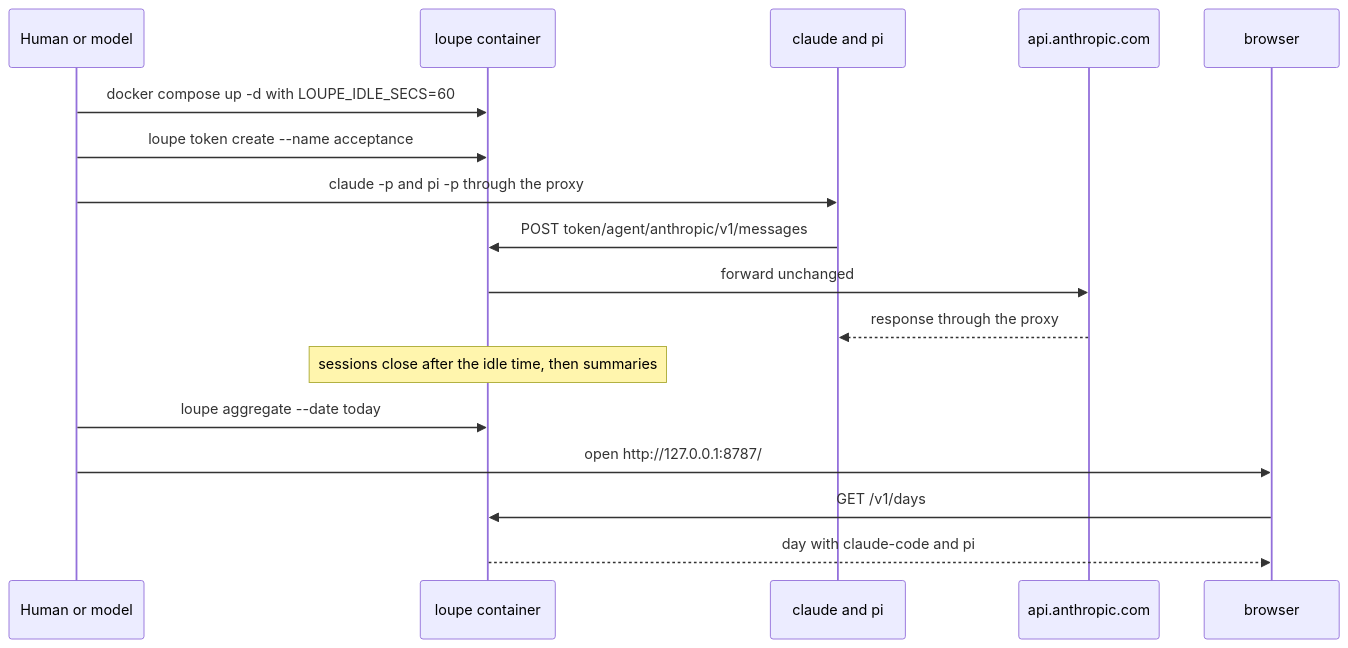
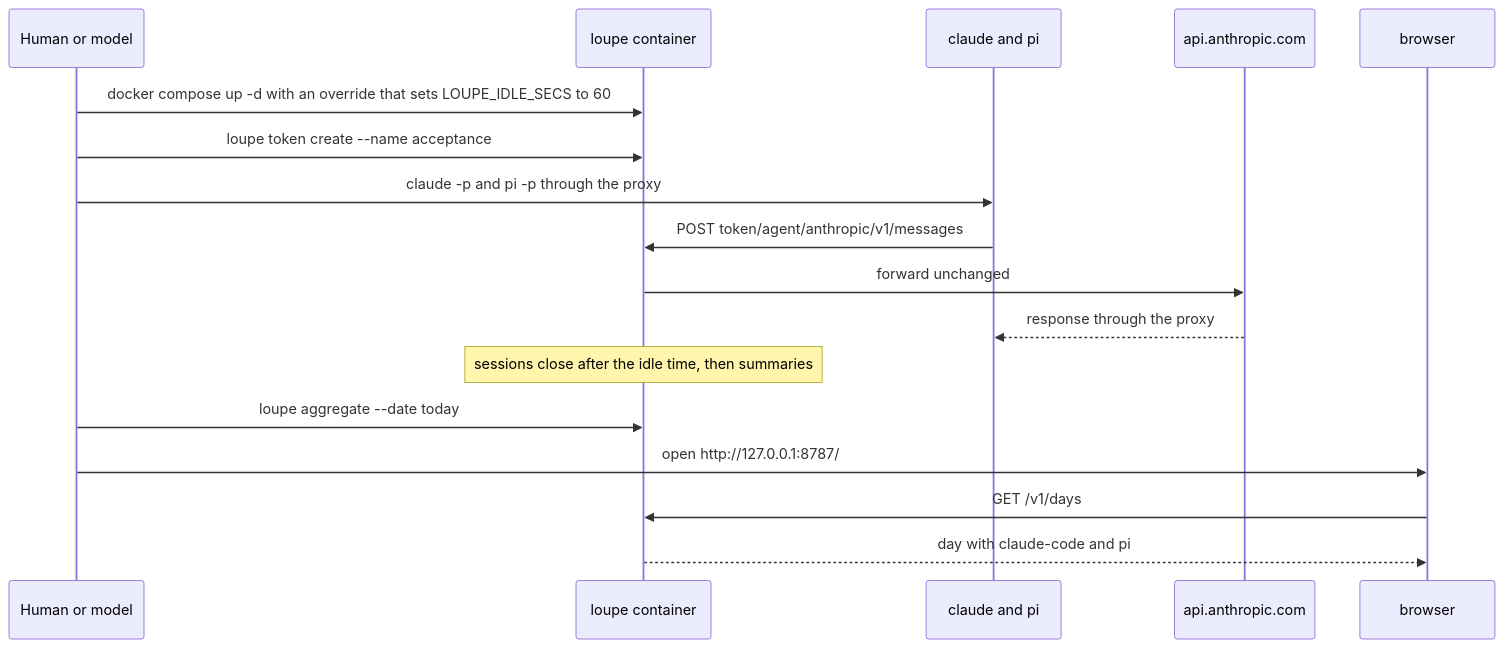
Before and after one commit to desek/agentloupe: the third of 4 diagrams in docs/cr/CR-0010-macos-end-to-end-acceptance.md, drawn with Mermaid. The commit also changed other lines of this file, not shown here.

````diff
--- a/docs/cr/CR-0010-macos-end-to-end-acceptance.md
+++ b/docs/cr/CR-0010-macos-end-to-end-acceptance.md
@@ -79,19 +79,19 @@
 ```mermaid
 sequenceDiagram
     participant H as Human or model
     participant C as loupe container
     participant A as claude and pi
     participant U as api.anthropic.com
     participant B as browser
-    H->>C: docker compose up -d with LOUPE_IDLE_SECS=60
+    H->>C: docker compose up -d with an override that sets LOUPE_IDLE_SECS to 60
     H->>C: loupe token create --name acceptance
     H->>A: claude -p and pi -p through the proxy
     A->>C: POST token/agent/anthropic/v1/messages
     C->>U: forward unchanged
     U-->>A: response through the proxy
     Note over C: sessions close after the idle time, then summaries
     H->>C: loupe aggregate --date today
     H->>B: open http://127.0.0.1:8787/
     B->>C: GET /v1/days
     C-->>B: day with claude-code and pi
 ```
````
